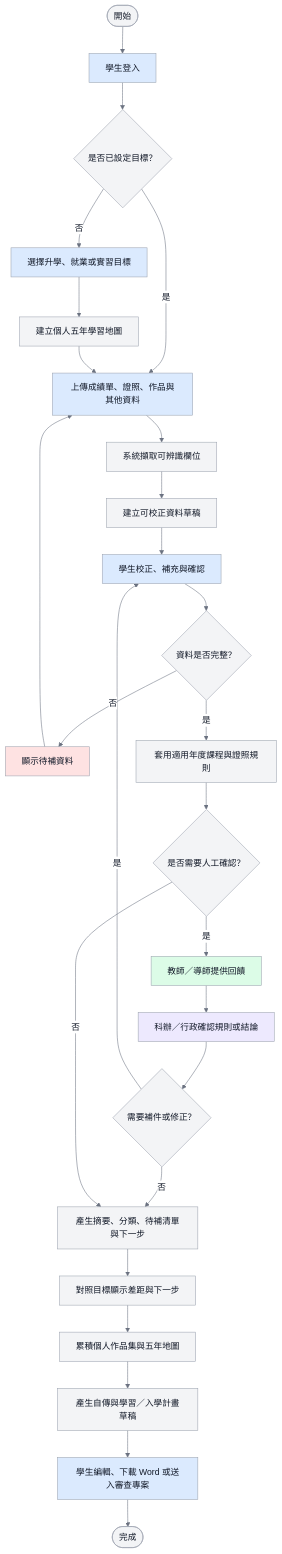
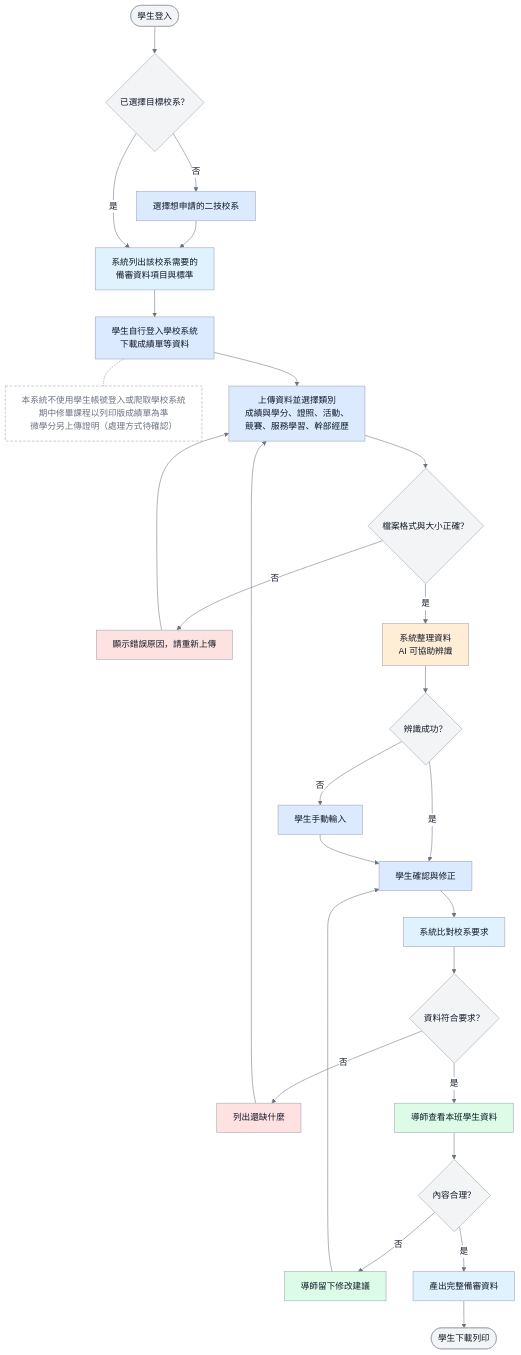
The third of 13 diagrams in docs/04_圖表與介面/diagrams.md (vujhdcusa/1028), drawn with Mermaid before and after one commit. The commit also changed other lines of this file and 116 other files, not shown here.

````diff
--- a/docs/04_圖表與介面/diagrams.md
+++ b/docs/04_圖表與介面/diagrams.md
@@ -37,35 +131,36 @@
 ```mermaid
-%%{init: {'theme':'base','themeVariables': {'fontFamily':'Microsoft JhengHei, Noto Sans TC, Arial, sans-serif','primaryColor':'#F3F4F6','primaryTextColor':'#111827','primaryBorderColor':'#9CA3AF','lineColor':'#6B7280','edgeLabelBackground':'#FFFFFF'}}}%%
+%%{init: {'theme':'base','themeVariables': {'fontFamily':'Microsoft JhengHei, Noto Sans TC, Arial, sans-serif','primaryColor':'#F3F4F6','primaryTextColor':'#111827','primaryBorderColor':'#9CA3AF','lineColor':'#6B7280','edgeLabelBackground':'#FFFFFF'},'flowchart':{'wrappingWidth':400}}}%%
 flowchart TD
     classDef student fill:#DBEAFE,stroke:#9CA3AF,color:#111827,stroke-width:1px;
-    classDef system fill:#F3F4F6,stroke:#9CA3AF,color:#111827,stroke-width:1px;
+    classDef system fill:#E0F2FE,stroke:#9CA3AF,color:#111827,stroke-width:1px;
     classDef teacher fill:#DCFCE7,stroke:#9CA3AF,color:#111827,stroke-width:1px;
-    classDef staff fill:#EDE9FE,stroke:#9CA3AF,color:#111827,stroke-width:1px;
+    classDef ai fill:#FFEDD5,stroke:#9CA3AF,color:#111827,stroke-width:1px;
     classDef alert fill:#FEE2E2,stroke:#9CA3AF,color:#111827,stroke-width:1px;
+    classDef note fill:#FFFFFF,stroke:#9CA3AF,color:#6B7280,stroke-width:1px,stroke-dasharray:5 3;
 
-    Start([開始]) --> Login[學生登入]:::student
-    Login --> Goal{是否已設定目標？}
-    Goal -- 否 --> Choose[選擇升學、就業或實習目標]:::student
-    Choose --> Map[建立個人五年學習地圖]:::system
-    Goal -- 是 --> Upload
-    Map --> Upload[上傳成績單、證照、作品與其他資料]:::student
-    Upload --> Extract[系統擷取可辨識欄位]:::system
-    Extract --> Draft[建立可校正資料草稿]:::system
-    Draft --> Confirm[學生校正、補充與確認]:::student
-    Confirm --> Complete{資料是否完整？}
-    Complete -- 否 --> Missing[顯示待補資料]:::alert
+    Start([學生登入]) --> HasTarget{已選擇目標校系？}
+    HasTarget -- 否 --> Choose[選擇想申請的二技校系]:::student
+    Choose --> Req
+    HasTarget -- 是 --> Req[系統列出該校系需要的<br/>備審資料項目與標準]:::system
+    Req --> Download[學生自行登入學校系統<br/>下載成績單等資料]:::student
+    Download -.- Note1[本系統不使用學生帳號登入或爬取學校系統<br/>期中修畢課程以列印版成績單為準<br/>微學分另上傳證明（處理方式待確認）]:::note
+    Download --> Upload[上傳資料並選擇類別<br/>成績與學分、證照、活動、<br/>競賽、服務學習、幹部經歷]:::student
+    Upload --> FileOK{檔案格式與大小正確？}
+    FileOK -- 否 --> FileErr[顯示錯誤原因，請重新上傳]:::alert
+    FileErr --> Upload
+    FileOK -- 是 --> Extract[系統整理資料<br/>AI 可協助辨識]:::ai
+    Extract --> Recognized{辨識成功？}
+    Recognized -- 否 --> Manual[學生手動輸入]:::student
+    Recognized -- 是 --> Confirm[學生確認與修正]:::student
+    Manual --> Confirm
+    Confirm --> Compare[系統比對校系要求]:::system
+    Compare --> Enough{資料符合要求？}
+    Enough -- 否 --> Missing[列出還缺什麼]:::alert
     Missing --> Upload
-    Complete -- 是 --> Rules[套用適用年度課程與證照規則]:::system
-    Rules --> Review{是否需要人工確認？}
-    Review -- 是 --> Teacher[教師／導師提供回饋]:::teacher
-    Teacher --> Staff[科辦／行政確認規則或結論]:::staff
-    Staff --> Fix{需要補件或修正？}
-    Fix -- 是 --> Confirm
-    Fix -- 否 --> Results[產生摘要、分類、待補清單與下一步]:::system
-    Review -- 否 --> Results
-    Results --> Gap[對照目標顯示差距與下一步]:::system
-    Gap --> Portfolio[累積個人作品集與五年地圖]:::system
-    Portfolio --> Document[產生自傳與學習／入學計畫草稿]:::system
-    Document --> Edit[學生編輯、下載 Word 或送入審查專案]:::student
-    Edit --> End([完成])
+    Enough -- 是 --> Teacher[導師查看本班學生資料]:::teacher
+    Teacher --> Reasonable{內容合理？}
+    Reasonable -- 否 --> Advice[導師留下修改建議]:::teacher
+    Advice --> Confirm
+    Reasonable -- 是 --> Output[產出完整備審資料]:::system
+    Output --> Print([學生下載列印])
 ```
````
